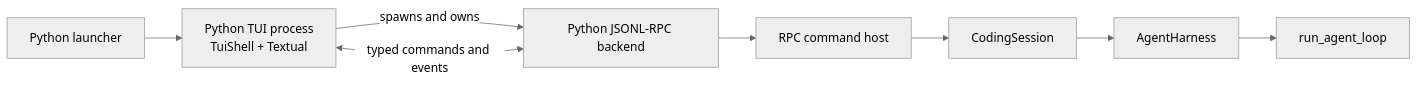
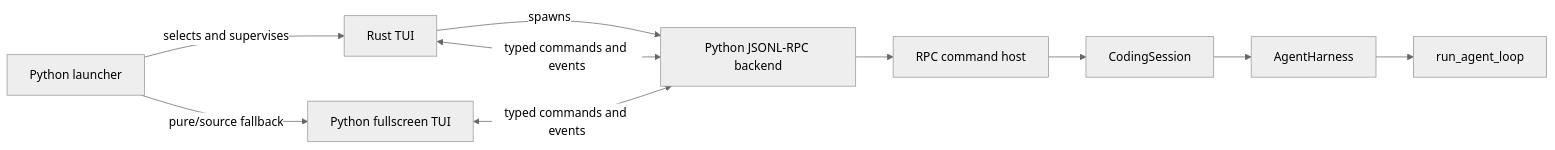
Before and after one commit to whanyu1212/Wisp: the diagram in site/architecture/rust-tui-boundary.md, drawn with Mermaid (neutral theme). The commit also changed other lines of this file and 133 other files, not shown here.

Commit message:
Retire Textual TUI and preserve Python fullscreen fallback

````diff
--- a/site/architecture/rust-tui-boundary.md
+++ b/site/architecture/rust-tui-boundary.md
@@ -58,10 +26,12 @@
 ```mermaid
 flowchart LR
-  Launcher[Python launcher] --> Textual[Python TUI process<br/>TuiShell + Textual]
-  Textual -->|spawns and owns| Backend[Python JSONL-RPC backend]
-  Textual <-->|typed commands and events| Backend
+  Launcher[Python launcher] -->|selects and supervises| Rust[Rust TUI]
+  Rust -->|spawns| Backend[Python JSONL-RPC backend]
+  Rust <-->|typed commands and events| Backend
+  Launcher -->|pure/source fallback| Fullscreen[Python fullscreen TUI]
+  Fullscreen <-->|typed commands and events| Backend
   Backend --> Host[RPC command host]
   Host --> Session[CodingSession]
   Session --> Harness[AgentHarness]
   Harness --> Loop[run_agent_loop]
 ```
````
